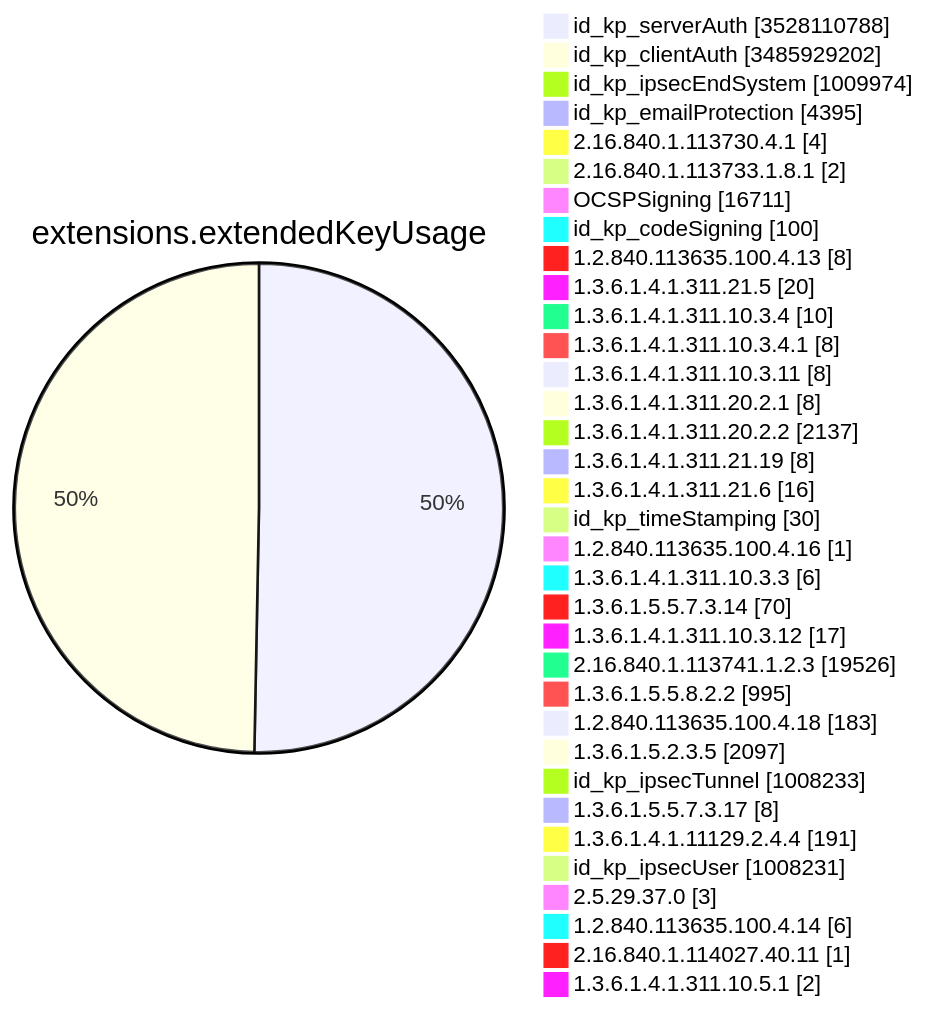
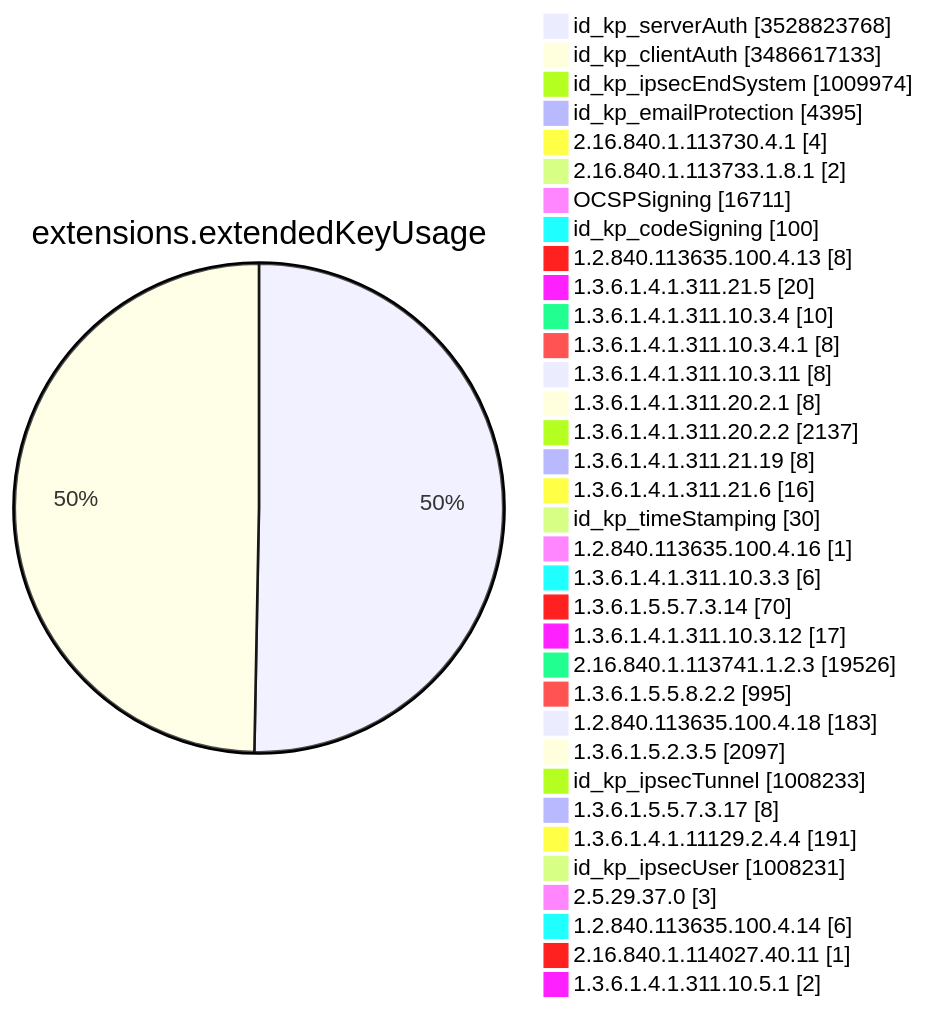
Before and after one commit to christiankrug/ctmonitor_visualization: diagram 11 of 15 in TOTAL/README.md, drawn with Mermaid. The commit also changed other lines of this file, not shown here.

````diff
--- a/TOTAL/README.md
+++ b/TOTAL/README.md
@@ -4127,38 +4127,38 @@
 ```mermaid
 pie showData
 title extensions.extendedKeyUsage
-"id_kp_serverAuth" :3528110788
-"id_kp_clientAuth" :3485929202
+"id_kp_serverAuth" :3528823768
+"id_kp_clientAuth" :3486617133
 "id_kp_ipsecEndSystem" :1009974
 "id_kp_emailProtection" :4395
 "2.16.840.1.113730.4.1" :4
 "2.16.840.1.113733.1.8.1" :2
 "OCSPSigning" :16711
 "id_kp_codeSigning" :100
 "1.2.840.113635.100.4.13" :8
 "1.3.6.1.4.1.311.21.5" :20
 "1.3.6.1.4.1.311.10.3.4" :10
 "1.3.6.1.4.1.311.10.3.4.1" :8
 "1.3.6.1.4.1.311.10.3.11" :8
 "1.3.6.1.4.1.311.20.2.1" :8
 "1.3.6.1.4.1.311.20.2.2" :2137
 "1.3.6.1.4.1.311.21.19" :8
 "1.3.6.1.4.1.311.21.6" :16
 "id_kp_timeStamping" :30
 "1.2.840.113635.100.4.16" :1
 "1.3.6.1.4.1.311.10.3.3" :6
 "1.3.6.1.5.5.7.3.14" :70
 "1.3.6.1.4.1.311.10.3.12" :17
 "2.16.840.1.113741.1.2.3" :19526
 "1.3.6.1.5.5.8.2.2" :995
 "1.2.840.113635.100.4.18" :183
 "1.3.6.1.5.2.3.5" :2097
 "id_kp_ipsecTunnel" :1008233
 "1.3.6.1.5.5.7.3.17" :8
 "1.3.6.1.4.1.11129.2.4.4" :191
 "id_kp_ipsecUser" :1008231
 "2.5.29.37.0" :3
 "1.2.840.113635.100.4.14" :6
 "2.16.840.1.114027.40.11" :1
 "1.3.6.1.4.1.311.10.5.1" :2
 ```
````
